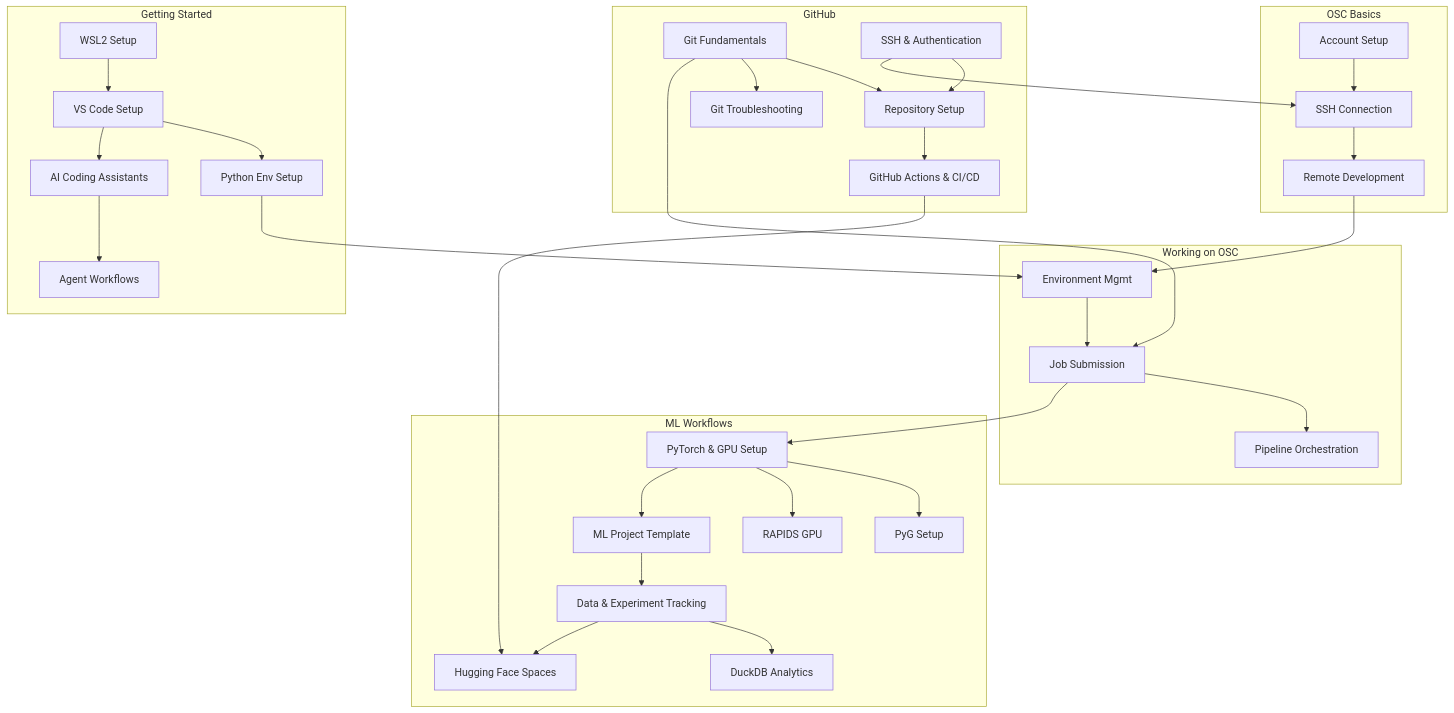
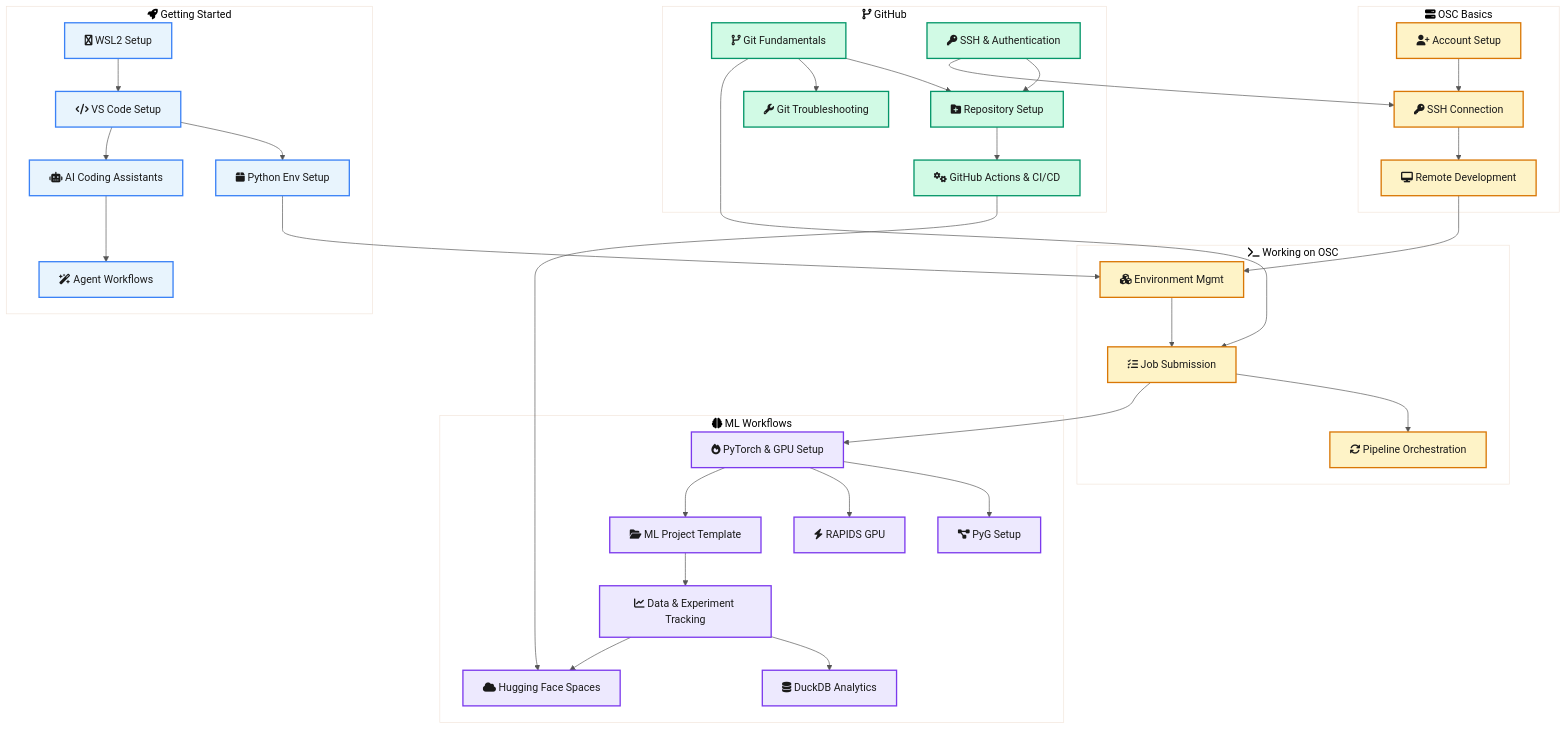
One commit to OSU-CAR-MSL/lab-setup-guide changed the first of 2 diagrams in docs/resources/concept-map.md. Above: the diagram before and after it, drawn with Mermaid. The commit also changed 13 other files, not shown here.

First line of the commit message:
Enhance all 22 Mermaid diagrams with semantic shapes, icons, and color coding

````diff
--- a/docs/resources/concept-map.md
+++ b/docs/resources/concept-map.md
@@ -31,62 +31,68 @@
 ```mermaid
+%%{init: {'theme': 'base', 'themeVariables': {'primaryColor': '#e8f4fd', 'primaryTextColor': '#1a1a1a', 'lineColor': '#555'}}}%%
 flowchart TB
-  subgraph GS["Getting Started"]
-    wsl["WSL2 Setup"]
-    vscode["VS Code Setup"]
-    pyenv["Python Env Setup"]
-    ai["AI Coding Assistants"]
-    agent["Agent Workflows"]
+  subgraph GS["fa:fa-rocket Getting Started"]
+    wsl["fa:fa-linux WSL2 Setup"]:::gs
+    vscode["fa:fa-code VS Code Setup"]:::gs
+    pyenv["fa:fa-box Python Env Setup"]:::gs
+    ai["fa:fa-robot AI Coding Assistants"]:::gs
+    agent["fa:fa-wand-magic-sparkles Agent Workflows"]:::gs
     wsl --> vscode --> pyenv
     vscode --> ai --> agent
   end
 
-  subgraph OB["OSC Basics"]
-    account["Account Setup"]
-    ssh["SSH Connection"]
-    remote["Remote Development"]
+  subgraph OB["fa:fa-server OSC Basics"]
+    account["fa:fa-user-plus Account Setup"]:::osc
+    ssh["fa:fa-key SSH Connection"]:::osc
+    remote["fa:fa-desktop Remote Development"]:::osc
     account --> ssh --> remote
   end
 
-  subgraph WO["Working on OSC"]
-    envmgmt["Environment Mgmt"]
-    jobs["Job Submission"]
-    pipeline["Pipeline Orchestration"]
+  subgraph WO["fa:fa-terminal Working on OSC"]
+    envmgmt["fa:fa-cubes Environment Mgmt"]:::osc
+    jobs["fa:fa-list-check Job Submission"]:::osc
+    pipeline["fa:fa-arrows-rotate Pipeline Orchestration"]:::osc
     envmgmt --> jobs
     jobs --> pipeline
   end
 
-  subgraph ML["ML Workflows"]
-    pytorch["PyTorch & GPU Setup"]
-    pyg["PyG Setup"]
-    rapids["RAPIDS GPU"]
-    mlwf["ML Project Template"]
-    tracking["Data & Experiment Tracking"]
-    duckdb["DuckDB Analytics"]
-    hf["Hugging Face Spaces"]
+  subgraph ML["fa:fa-brain ML Workflows"]
+    pytorch["fa:fa-fire PyTorch & GPU Setup"]:::ml
+    pyg["fa:fa-diagram-project PyG Setup"]:::ml
+    rapids["fa:fa-bolt RAPIDS GPU"]:::ml
+    mlwf["fa:fa-folder-open ML Project Template"]:::ml
+    tracking["fa:fa-chart-line Data & Experiment Tracking"]:::ml
+    duckdb["fa:fa-database DuckDB Analytics"]:::ml
+    hf["fa:fa-cloud Hugging Face Spaces"]:::ml
     pytorch --> pyg
     pytorch --> rapids
     mlwf --> tracking --> duckdb
     tracking --> hf
   end
 
-  subgraph GH["GitHub"]
-    gitfund["Git Fundamentals"]
-    reposetup["Repository Setup"]
-    sshauth["SSH & Authentication"]
-    actions["GitHub Actions & CI/CD"]
-    gittrouble["Git Troubleshooting"]
+  subgraph GH["fa:fa-code-branch GitHub"]
+    gitfund["fa:fa-code-branch Git Fundamentals"]:::gh
+    reposetup["fa:fa-folder-plus Repository Setup"]:::gh
+    sshauth["fa:fa-key SSH & Authentication"]:::gh
+    actions["fa:fa-gears GitHub Actions & CI/CD"]:::gh
+    gittrouble["fa:fa-wrench Git Troubleshooting"]:::gh
     gitfund --> reposetup
     gitfund --> gittrouble
     sshauth --> reposetup
     reposetup --> actions
   end
 
   %% Cross-section prerequisite edges
   pyenv --> envmgmt
   remote --> envmgmt
   jobs --> pytorch
   pytorch --> mlwf
   sshauth --> ssh
   gitfund --> jobs
   actions --> hf
+
+  classDef gs fill:#e8f4fd,stroke:#3b82f6,color:#1a1a1a,stroke-width:2px
+  classDef osc fill:#fef3c7,stroke:#d97706,color:#1a1a1a,stroke-width:2px
+  classDef ml fill:#ede9fe,stroke:#7c3aed,color:#1a1a1a,stroke-width:2px
+  classDef gh fill:#d1fae5,stroke:#059669,color:#1a1a1a,stroke-width:2px
 ```
````
